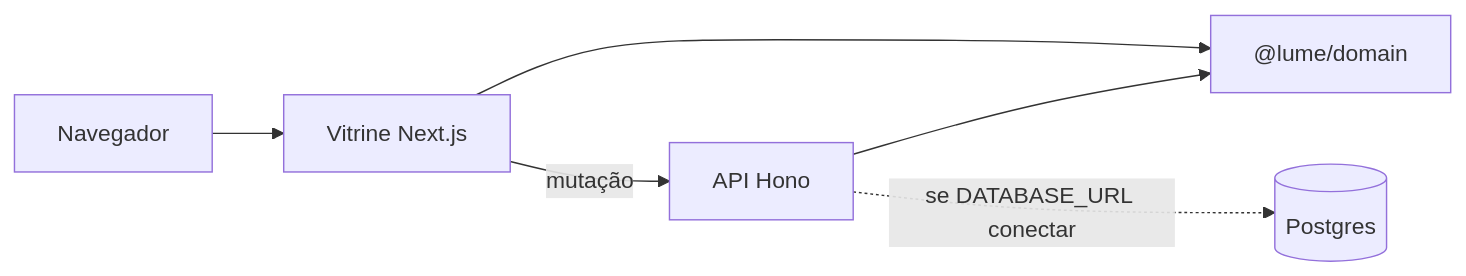
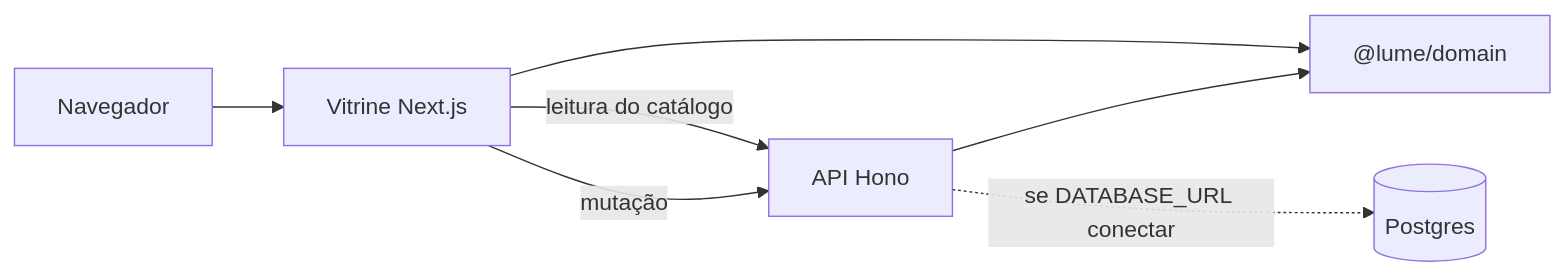
Before and after one commit to Le0assis/ecommerce-mobiletes: the diagram in docs/arquitetura.md, drawn with Mermaid. The commit also changed other lines of this file and 38 other files, not shown here.

````diff
--- a/docs/arquitetura.md
+++ b/docs/arquitetura.md
@@ -5,14 +5,15 @@
 ```mermaid
 flowchart LR
   browser[Navegador]
   web[Vitrine Next.js]
   domain["@lume/domain"]
   api[API Hono]
   pg[(Postgres)]
 
   browser --> web
+  web -->|leitura do catálogo| api
   web --> domain
   web -->|mutação| api
   api --> domain
   api -.->|se DATABASE_URL conectar| pg
 ```
````
